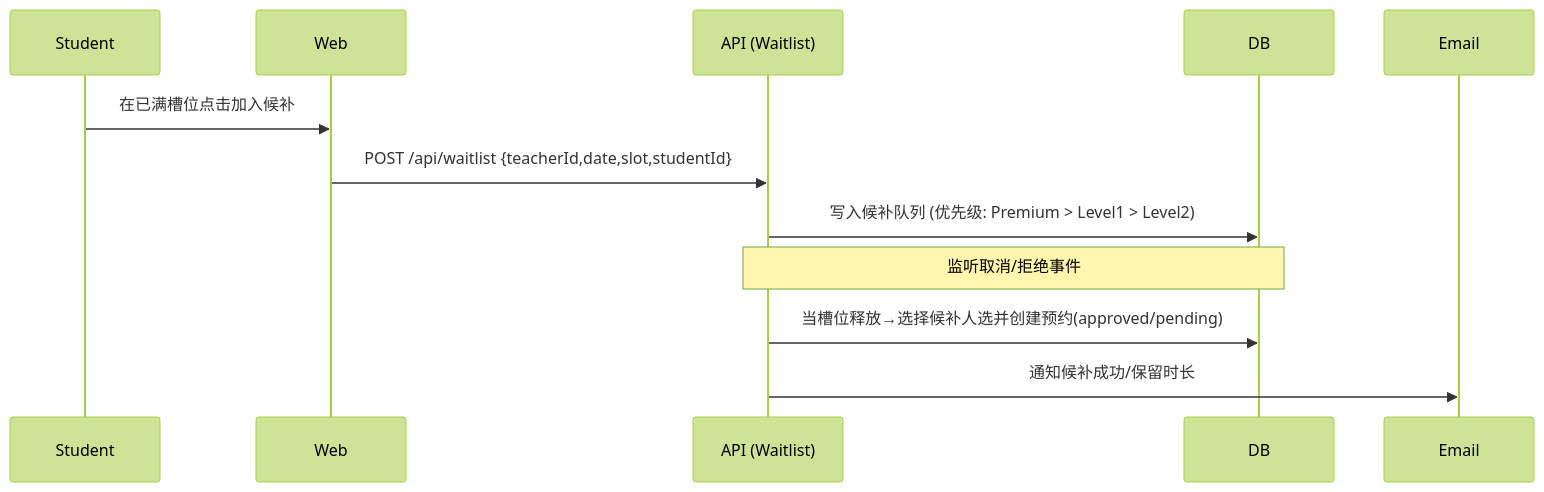
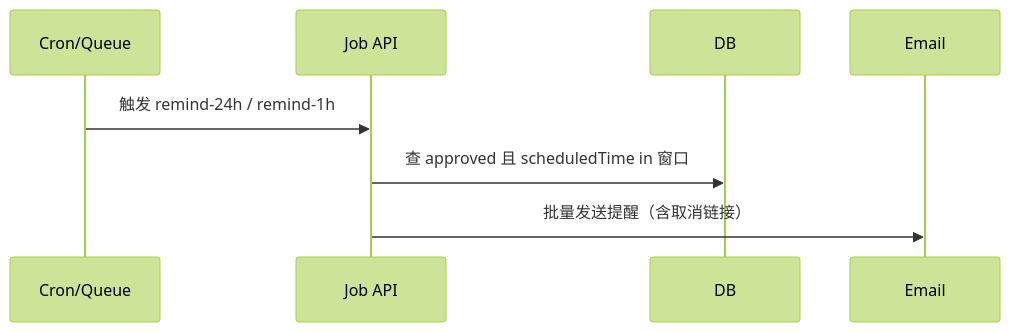
Diagram 16 of 17 in README.md (bigkrys/EducationalMeetingSchedulingSystem), drawn with Mermaid (forest theme) before and after one commit. The commit also changed other lines of this file, not shown here.

`````diff
--- a/README.md
+++ b/README.md
@@ -578,14 +556,10 @@
 ```mermaid
 sequenceDiagram
-participant U as Student
-participant W as Web
-participant A as API (Waitlist)
+participant Q as Cron/Queue
+participant A as Job API
 participant D as DB
 participant E as Email
-U->>W: 在已满槽位点击加入候补
-W->>A: POST /api/waitlist {teacherId,date,slot,studentId}
-A->>D: 写入候补队列 (优先级: Premium > Level1 > Level2)
-Note over A,D: 监听取消/拒绝事件
-A->>D: 当槽位释放→选择候补人选并创建预约(approved/pending)
-A->>E: 通知候补成功/保留时长
-```
+Q->>A: 触发 remind-24h / remind-1h
+A->>D: 查 approved 且 scheduledTime in 窗口
+A->>E: 批量发送提醒（含取消链接）
+````
`````
